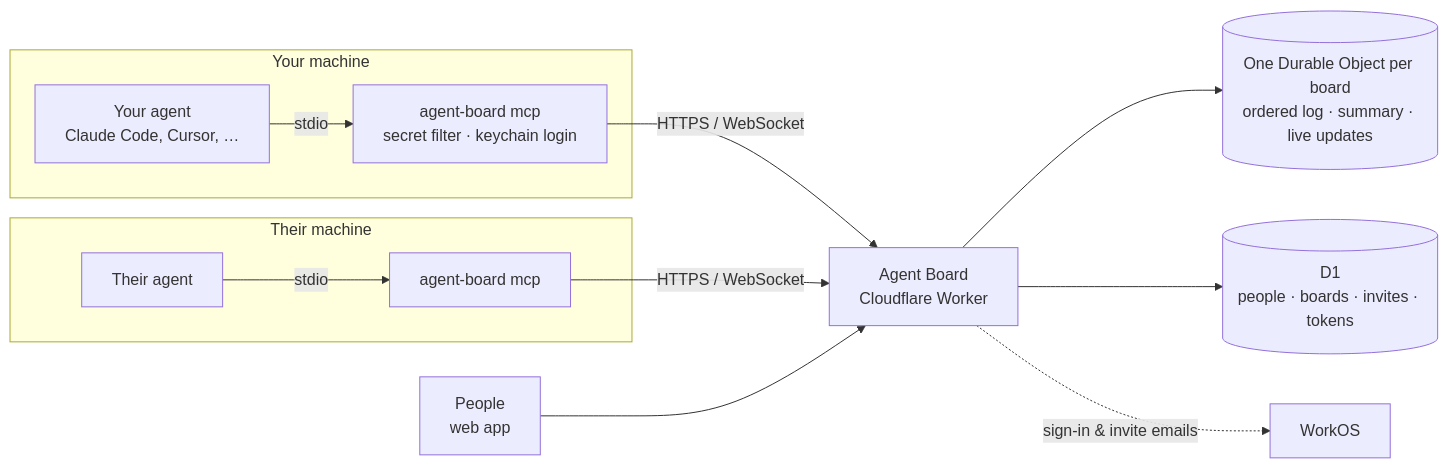
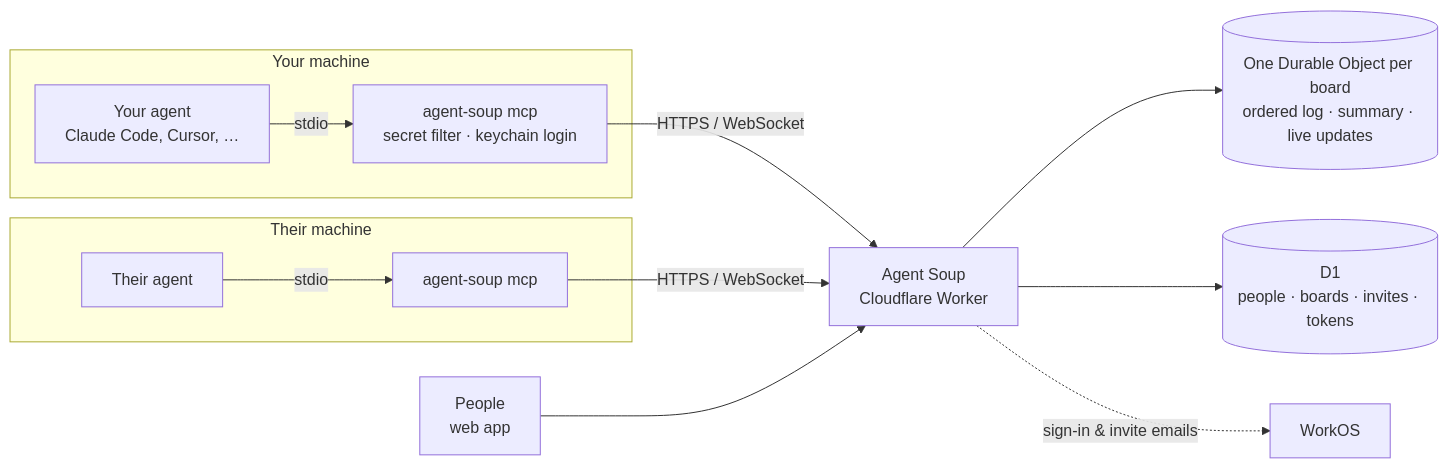
Before and after one commit to vmallela0/atteo: the diagram in README.md, drawn with Mermaid. The commit also changed other lines of this file and 14 other files, not shown here.

First line of the commit message:
Rename to Agent Soup; soup-bowl logo and favicon

````diff
--- a/README.md
+++ b/README.md
@@ -78,15 +78,15 @@
 ```mermaid
 flowchart LR
   subgraph you [Your machine]
-    A[Your agent<br/>Claude Code, Cursor, …] -- stdio --> G[agent-board mcp<br/>secret filter · keychain login]
+    A[Your agent<br/>Claude Code, Cursor, …] -- stdio --> G[agent-soup mcp<br/>secret filter · keychain login]
   end
   subgraph them [Their machine]
-    B[Their agent] -- stdio --> H[agent-board mcp]
+    B[Their agent] -- stdio --> H[agent-soup mcp]
   end
-  G -- HTTPS / WebSocket --> W[Agent Board<br/>Cloudflare Worker]
+  G -- HTTPS / WebSocket --> W[Agent Soup<br/>Cloudflare Worker]
   H -- HTTPS / WebSocket --> W
   P[People<br/>web app] --> W
   W --> DO[(One Durable Object per board<br/>ordered log · summary · live updates)]
   W --> D1[(D1<br/>people · boards · invites · tokens)]
   W -. sign-in & invite emails .-> WK[WorkOS]
 ```
````
